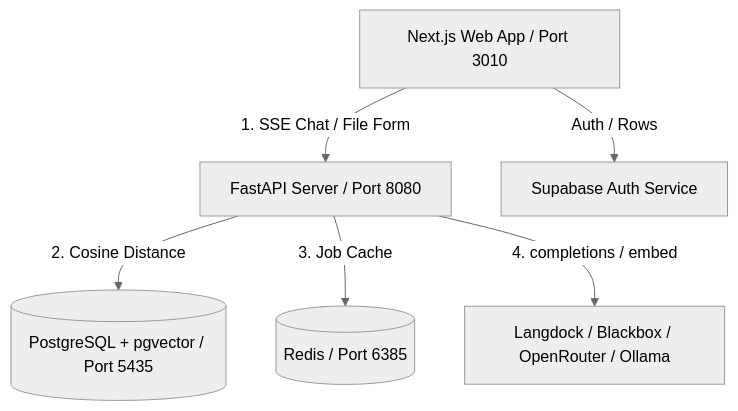
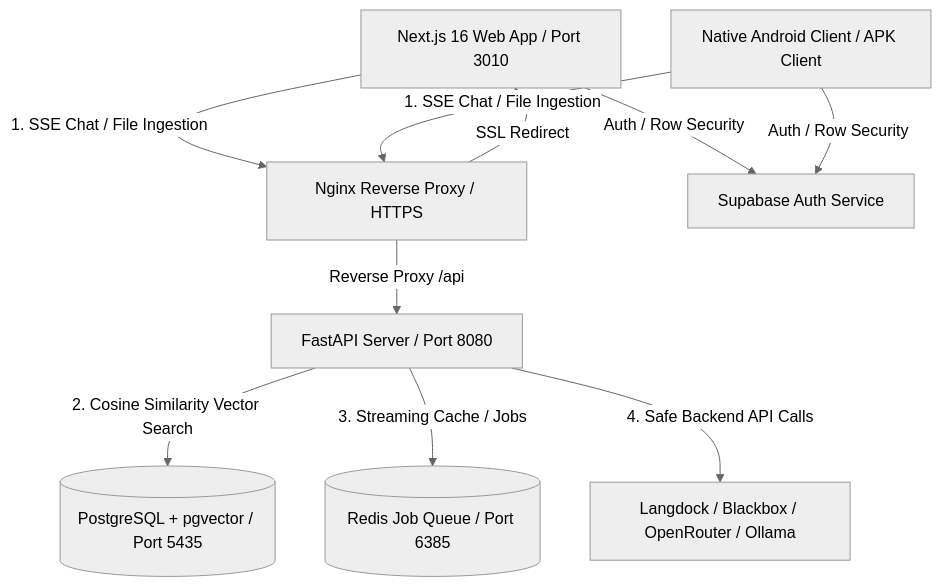
One commit to janpaul80/AtlasLM changed the diagram in README.md. Above: the diagram before and after it, drawn with Mermaid (neutral theme). The commit also changed other lines of this file and 8 other files, not shown here.

Commit message:
docs: integrate high-fidelity live screenshots and update systems architecture in README

````diff
--- a/README.md
+++ b/README.md
@@ -22,13 +45,22 @@
 ```mermaid
 graph TD
-    Client[Next.js Web App / Port 3010]
+    Client[Next.js 16 Web App / Port 3010]
+    Android[Native Android Client / APK Client]
+    Nginx[Nginx Reverse Proxy / HTTPS]
     API[FastAPI Server / Port 8080]
     DB[(PostgreSQL + pgvector / Port 5435)]
-    Cache[(Redis / Port 6385)]
+    Cache[(Redis Job Queue / Port 6385)]
+    Supabase[Supabase Auth Service]
     
-    Client -->|1. SSE Chat / File Form| API
-    Client -->|Auth / Rows| Supabase[Supabase Auth Service]
-    API -->|2. Cosine Distance| DB
-    API -->|3. Job Cache| Cache
-    API -->|4. completions / embed| Providers[Langdock / Blackbox / OpenRouter / Ollama]
+    Nginx -->|SSL Redirect| Client
+    Nginx -->|Reverse Proxy /api| API
+    
+    Client -->|1. SSE Chat / File Ingestion| Nginx
+    Android -->|1. SSE Chat / File Ingestion| Nginx
+    Client -->|Auth / Row Security| Supabase
+    Android -->|Auth / Row Security| Supabase
+    
+    API -->|2. Cosine Similarity Vector Search| DB
+    API -->|3. Streaming Cache / Jobs| Cache
+    API -->|4. Safe Backend API Calls| Providers[Langdock / Blackbox / OpenRouter / Ollama]
 ```
````
